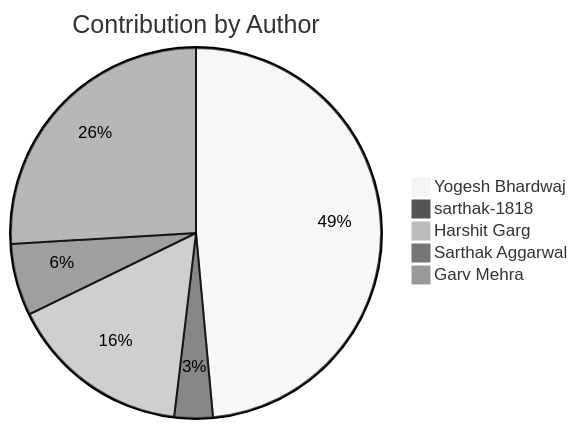
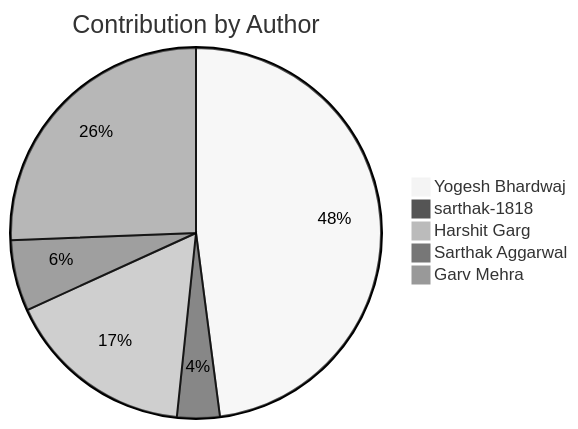
The second of 2 diagrams in README.md (Yogesh-Bhardwaj-hue/Scm-Final_2.0), drawn with Mermaid (neutral theme) before and after one commit. The commit also changed other lines of this file, not shown here.

Commit message:
Update contribution charts

````diff
--- a/README.md
+++ b/README.md
@@ -190,8 +190,8 @@
 ```mermaid
 pie title Contribution by Author
     "Yogesh Bhardwaj": 116
-    "sarthak-1818": 8
-    "Harshit Garg": 38
+    "sarthak-1818": 9
+    "Harshit Garg": 40
     "Sarthak Aggarwal": 15
     "Garv Mehra": 62
 ```
````
